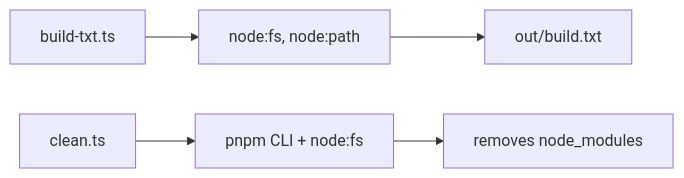
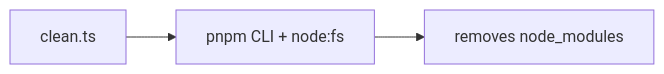
One commit to AdguardTeam/VscodeAdblockSyntax changed the diagram in tools/AGENTS.md. Above: the diagram before and after it, drawn with Mermaid. The commit also changed other lines of this file and 28 other files, not shown here.

````diff
--- a/tools/AGENTS.md
+++ b/tools/AGENTS.md
@@ -114,5 +110,4 @@
 ```mermaid
 flowchart LR
-    buildTxt["build-txt.ts"] --> fs["node:fs, node:path"] --> output["out/build.txt"]
     clean["clean.ts"] --> pnpm["pnpm CLI + node:fs"] --> removes["removes node_modules"]
 ```
````
